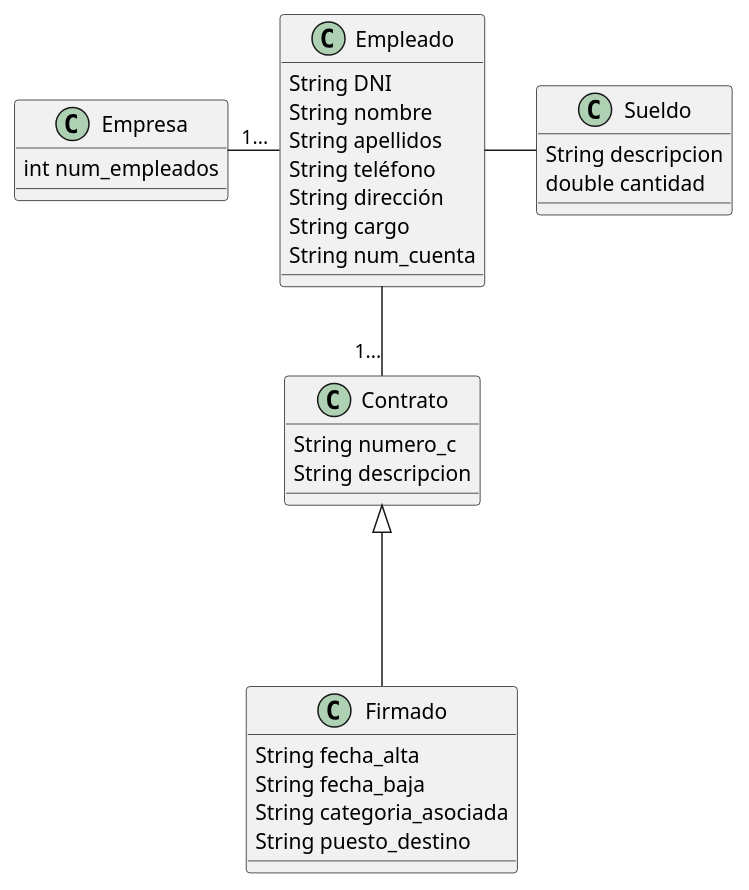
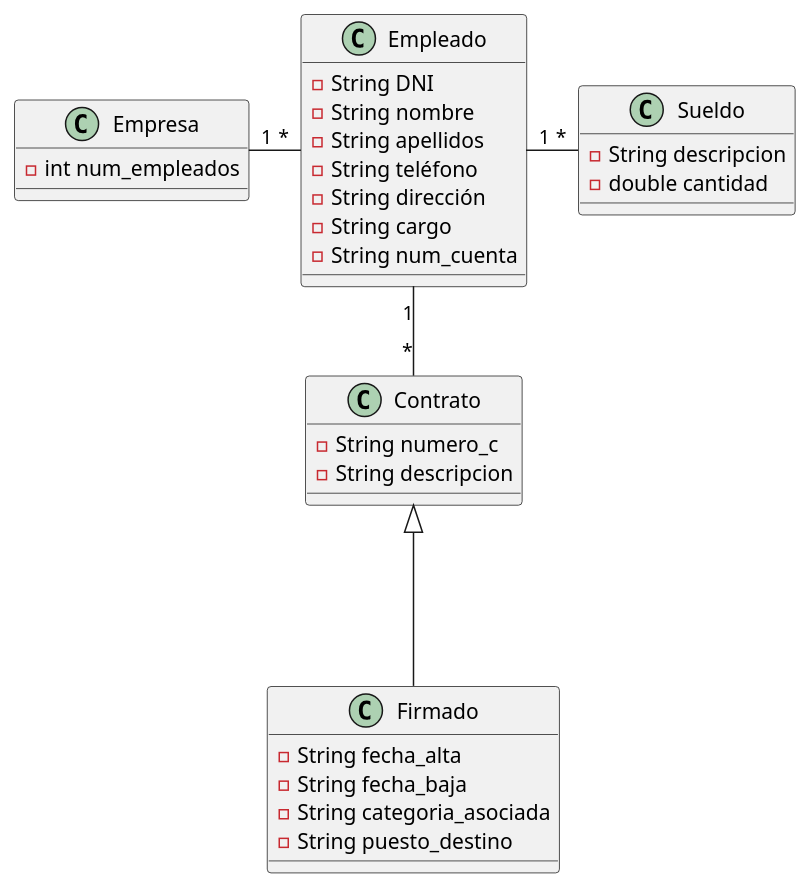
One commit to FaberVillarreal18/Faber-Villarreal-3er-Semestre changed the diagram in Ejercicios en clase-POO/Ejercicio 2. Pagos de sueldos/Diagrama.puml. Above: the diagram before and after it, drawn with PlantUML.

Commit message:
Detalles

```diff
--- a/Ejercicios en clase-POO/Ejercicio 2. Pagos de sueldos/Diagrama.puml
+++ b/Ejercicios en clase-POO/Ejercicio 2. Pagos de sueldos/Diagrama.puml
@@ -1,32 +1,33 @@
 @startuml Diagrama
 class Empleado{
-    String DNI
-    String nombre
-    String apellidos
-    String teléfono
-    String dirección
-    String cargo
-    String num_cuenta
+    -String DNI
+    -String nombre
+    -String apellidos
+    -String teléfono
+    -String dirección
+    -String cargo
+    -String num_cuenta
 }
 class Contrato{
-    String numero_c
-    String descripcion
+    -String numero_c
+    -String descripcion
 }
 class Firmado{
-    String fecha_alta
-    String fecha_baja
-    String categoria_asociada 
-    String puesto_destino
+    -String fecha_alta
+    -String fecha_baja
+    -String categoria_asociada 
+    -String puesto_destino
 }
 class Sueldo{
-    String descripcion
-    double cantidad
+    -String descripcion
+    -double cantidad
 } 
 class Empresa{
-    int num_empleados
+    -int num_empleados
 }
-Empleado--"1..."Contrato
-Empresa-"1..."Empleado
+
+Empleado"1"--"*"Contrato
+Empresa"1"-"*"Empleado
 Contrato<|---Firmado
-Empleado-Sueldo
+Empleado"1"-"*"Sueldo
 @enduml
```
